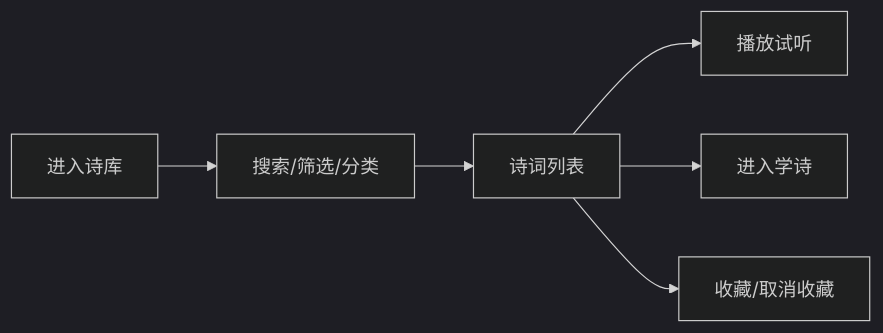
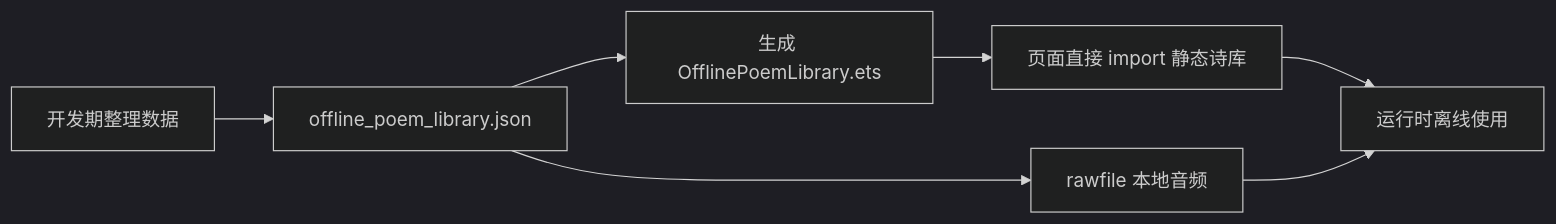
The fifth of 5 diagrams in docs/product-flow.md (0xdiymax/PoemBud), drawn with Mermaid (dark theme) before and after one commit. The commit also changed other lines of this file and 42 other files, not shown here.

````diff
--- a/docs/product-flow.md
+++ b/docs/product-flow.md
@@ -147,8 +160,9 @@
 ```mermaid
 flowchart LR
-  A["进入诗库"] --> B["搜索/筛选/分类"]
-  B --> C["诗词列表"]
-  C --> D["播放试听"]
-  C --> E["进入学诗"]
-  C --> F["收藏/取消收藏"]
+  A["开发期整理数据"] --> B["offline_poem_library.json"]
+  B --> C["生成 OfflinePoemLibrary.ets"]
+  C --> D["页面直接 import 静态诗库"]
+  B --> E["rawfile 本地音频"]
+  D --> F["运行时离线使用"]
+  E --> F
 ```
````
